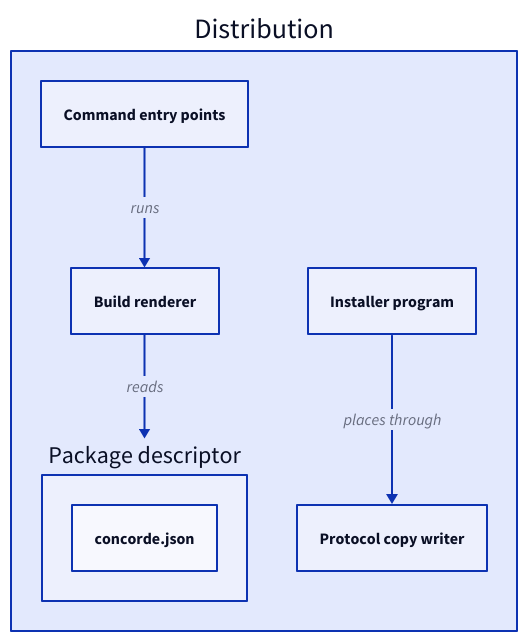
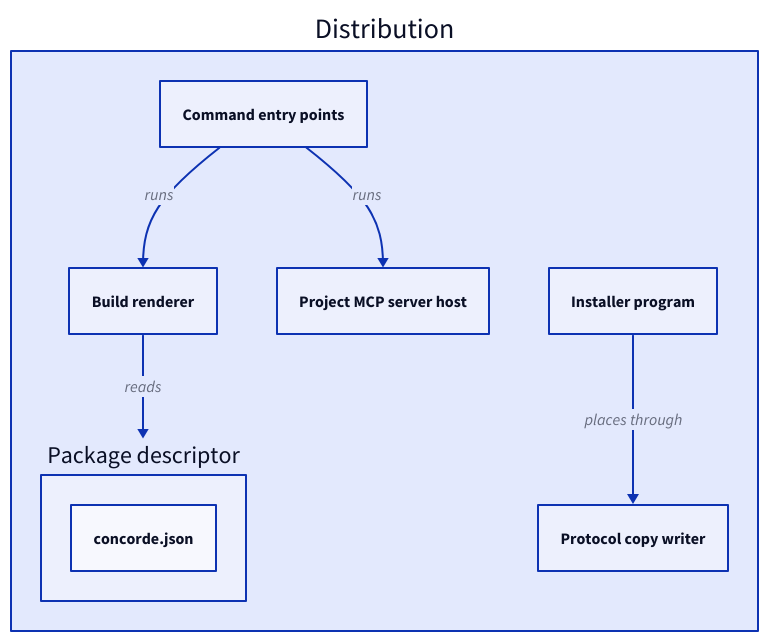
The third of 4 diagrams in specs/concorde/distribution/module.md (FTOD/concorde), drawn with D2 before and after one commit. The commit also changed other lines of this file and 34 other files, not shown here.

````diff
--- a/specs/concorde/distribution/module.md
+++ b/specs/concorde/distribution/module.md
@@ -217,14 +237,16 @@
 ```d2
 distribution: Distribution {
   descriptor: Package descriptor {
     "concorde.json"
   }
   build: Build renderer
   command: Command entry points
+  server: Project MCP server host
   writer: Protocol copy writer
   installer: Installer program
   build -> descriptor: reads
   command -> build: runs
+  command -> server: runs
   installer -> writer: places through
 }
 ```
````
